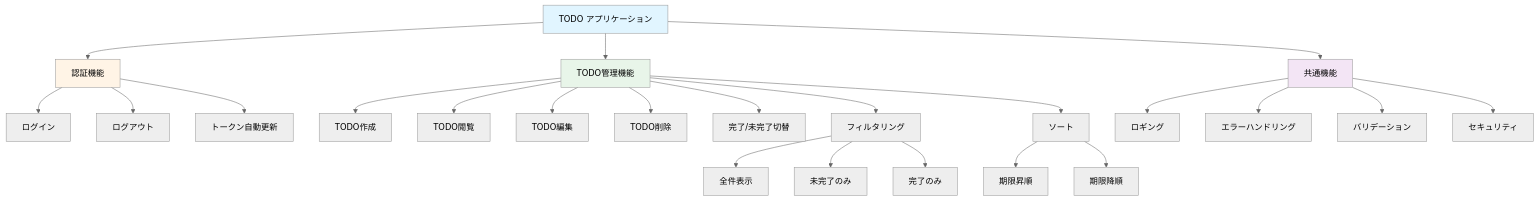
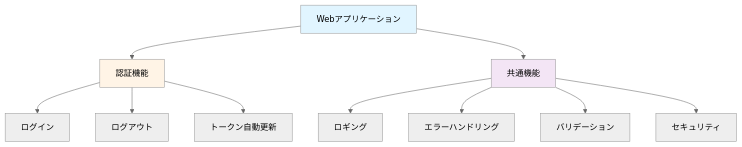
The first of 2 diagrams in docs/03_feature-list.md (TomokiIshimine/fullstack-app-with-claude), drawn with Mermaid (neutral theme) before and after one commit. The commit also changed other lines of this file and 17 other files, not shown here.

````diff
--- a/docs/03_feature-list.md
+++ b/docs/03_feature-list.md
@@ -21,37 +21,20 @@
 ```mermaid
 graph TB
-    System["TODO アプリケーション"]
+    System["Webアプリケーション"]
 
     System --> Auth["認証機能"]
-    System --> TodoMgmt["TODO管理機能"]
     System --> Common["共通機能"]
 
     Auth --> Login["ログイン"]
     Auth --> Logout["ログアウト"]
     Auth --> TokenRefresh["トークン自動更新"]
-
-    TodoMgmt --> Create["TODO作成"]
-    TodoMgmt --> Read["TODO閲覧"]
-    TodoMgmt --> Update["TODO編集"]
-    TodoMgmt --> Delete["TODO削除"]
-    TodoMgmt --> Toggle["完了/未完了切替"]
-    TodoMgmt --> Filter["フィルタリング"]
-    TodoMgmt --> Sort["ソート"]
-
-    Filter --> FilterAll["全件表示"]
-    Filter --> FilterActive["未完了のみ"]
-    Filter --> FilterCompleted["完了のみ"]
-
-    Sort --> SortAsc["期限昇順"]
-    Sort --> SortDesc["期限降順"]
 
     Common --> Logging["ロギング"]
     Common --> ErrorHandle["エラーハンドリング"]
     Common --> Validation["バリデーション"]
     Common --> Security["セキュリティ"]
 
     style System fill:#e1f5ff
     style Auth fill:#fff4e6
-    style TodoMgmt fill:#e8f5e9
     style Common fill:#f3e5f5
 ```
````
